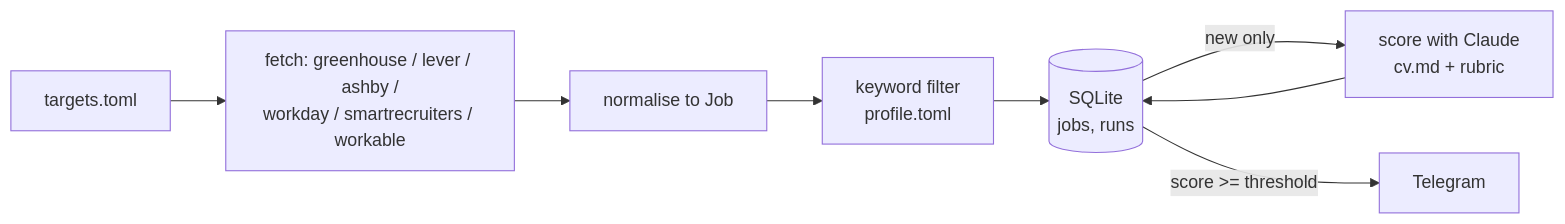
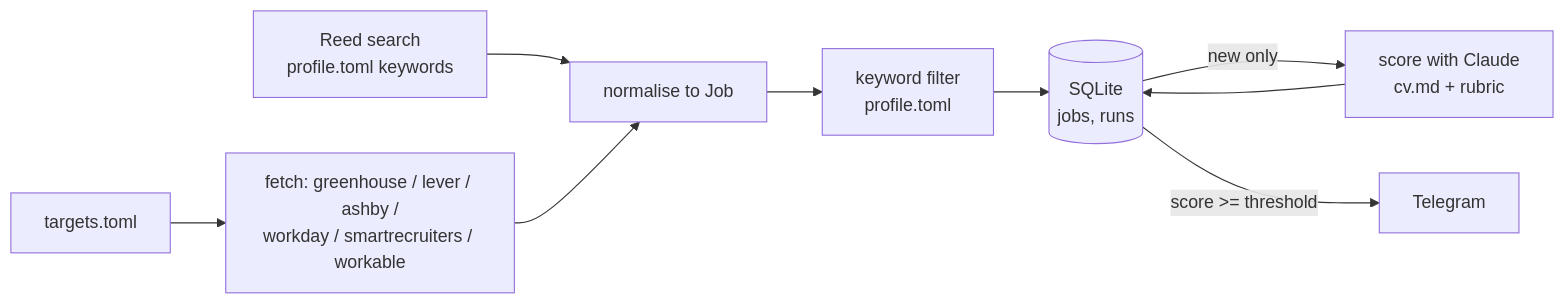
One commit to Pavlana/getjo changed the diagram in docs/design.md. Above: the diagram before and after it, drawn with Mermaid. The commit also changed other lines of this file and 13 other files, not shown here.

Commit message:
sources: Reed keyword search (direct employers only, skips employers fetched from their own board)

````diff
--- a/docs/design.md
+++ b/docs/design.md
@@ -9,10 +9,11 @@
 ```mermaid
 flowchart LR
   T[targets.toml] --> F[fetch: greenhouse / lever / ashby /\nworkday / smartrecruiters / workable]
+  R[Reed search\nprofile.toml keywords] --> N
   F --> N[normalise to Job]
   N --> K[keyword filter\nprofile.toml]
   K --> S[(SQLite\njobs, runs)]
   S -->|new only| L[score with Claude\ncv.md + rubric]
   L --> S
   S -->|score >= threshold| M[Telegram]
 ```
````
